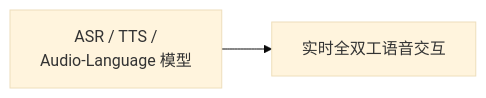
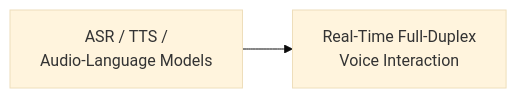
One commit to oneleaveknowsthefall/awesome-ai-roadmap changed the diagram in docs/multimodal/03-speech-audio/README.md. Above: the diagram before and after it, drawn with Mermaid (base theme). The commit also changed other lines of this file and 92 other files, not shown here.

````diff
--- a/docs/multimodal/03-speech-audio/README.md
+++ b/docs/multimodal/03-speech-audio/README.md
@@ -16,4 +16,4 @@
 ```mermaid
 flowchart LR
-    A[ASR / TTS /<br/>Audio-Language 模型] --> B[实时全双工语音交互]
+    A[ASR / TTS /<br/>Audio-Language Models] --> B[Real-Time Full-Duplex<br/>Voice Interaction]
 ```
````
